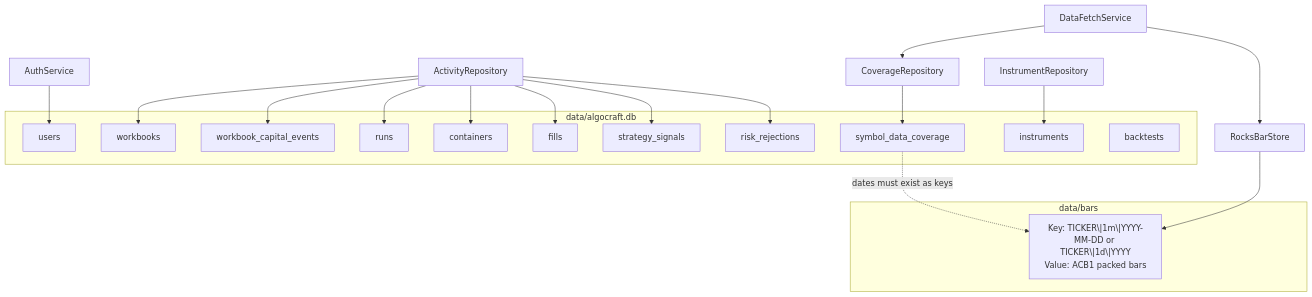
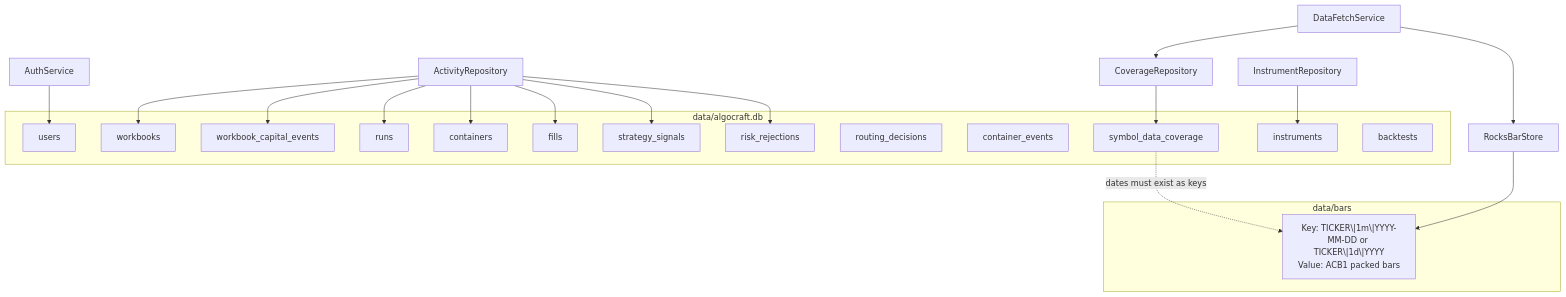
The eighth of 8 diagrams in Notes/CODEMAP.md (Ruhangrk/AlgoCraft), drawn with Mermaid before and after one commit. The commit also changed other lines of this file and 11 other files, not shown here.

````diff
--- a/Notes/CODEMAP.md
+++ b/Notes/CODEMAP.md
@@ -404,28 +405,30 @@
 ```mermaid
 flowchart TB
   subgraph SQLite["data/algocraft.db"]
     U[users]
     W[workbooks]
     CE[workbook_capital_events]
     RN[runs]
     CT[containers]
     F[fills]
     SIG[strategy_signals]
     REJ[risk_rejections]
+    RD[routing_decisions]
+    CLE[container_events]
     COV[symbol_data_coverage]
     INST[instruments]
     BT[backtests]
   end
 
   subgraph Rocks["data/bars"]
     K["Key: TICKER\|1m\|YYYY-MM-DD or TICKER\|1d\|YYYY<br/>Value: ACB1 packed bars"]
   end
 
   AUTH["AuthService"] --> U
   ACT["ActivityRepository"] --> W & CE & RN & CT & F & SIG & REJ
   COVR["CoverageRepository"] --> COV
   INSTREPO["InstrumentRepository"] --> INST
   COV -.->|"dates must exist as keys"| K
   RBS["RocksBarStore"] --> K
   DFS["DataFetchService"] --> COVR & RBS
 ```
````
